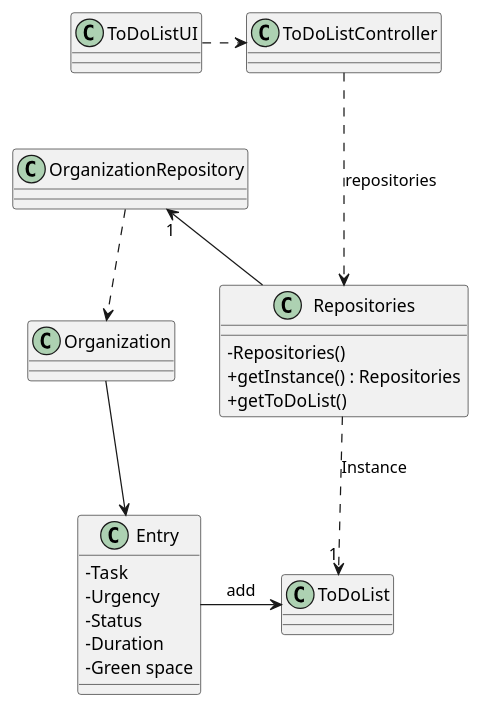
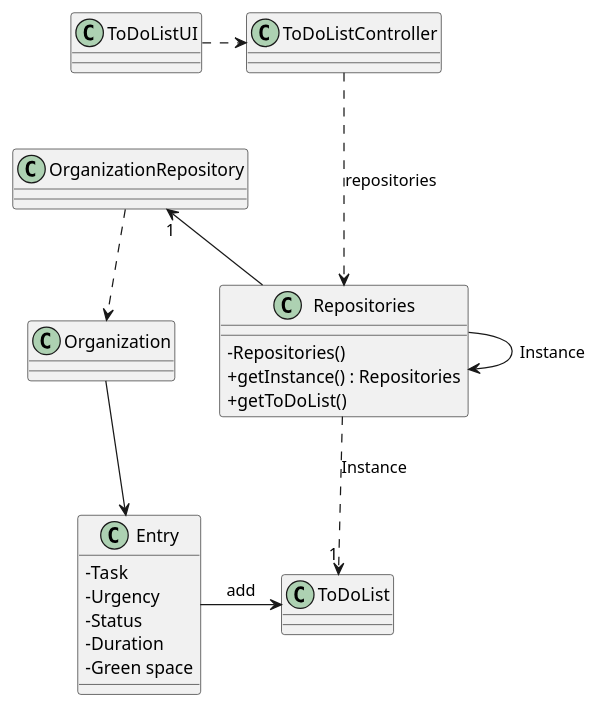
The diagram in docs/SprintC/us021/03.design/puml/us021-class-diagram.puml (Departamento-de-Engenharia-Informatica/lei-24-s2-1df-1de-g063), drawn with PlantUML before and after one commit. The commit also changed 5 other files, not shown here.

```diff
--- a/docs/SprintC/us021/03.design/puml/us021-class-diagram.puml
+++ b/docs/SprintC/us021/03.design/puml/us021-class-diagram.puml
@@ -1,51 +1,52 @@
 @startuml
 'skinparam monochrome true
 skinparam packageStyle rectangle
 skinparam shadowing false
 skinparam linetype polyline
 'skinparam linetype orto
 
 skinparam classAttributeIconSize 0
 
 'left to right direction
 
 class Organization{
 
 }
 
 class ToDoListUI{
 
 }
 
 
 class ToDoListController{
 
 }
 
 class Repositories{
     - Repositories()
     + getInstance() : Repositories
     + getToDoList()
 }
 
 class ToDoList{
 
 }
 
 class Entry{
     -Task
     -Urgency
     -Status
     -Duration
     -Green space
 }
 
 ToDoListUI .right-> ToDoListController
 Organization -down-> Entry
+Repositories .down-> "1" ToDoList: Instance
 Entry -> ToDoList: add
-Repositories .down-> "1" ToDoList: Instance
 OrganizationRepository .down-> Organization
 ToDoListController -.down-> Repositories : repositories
 Repositories -left-> "1" OrganizationRepository
+Repositories -> Repositories: Instance
 
 @enduml
```
